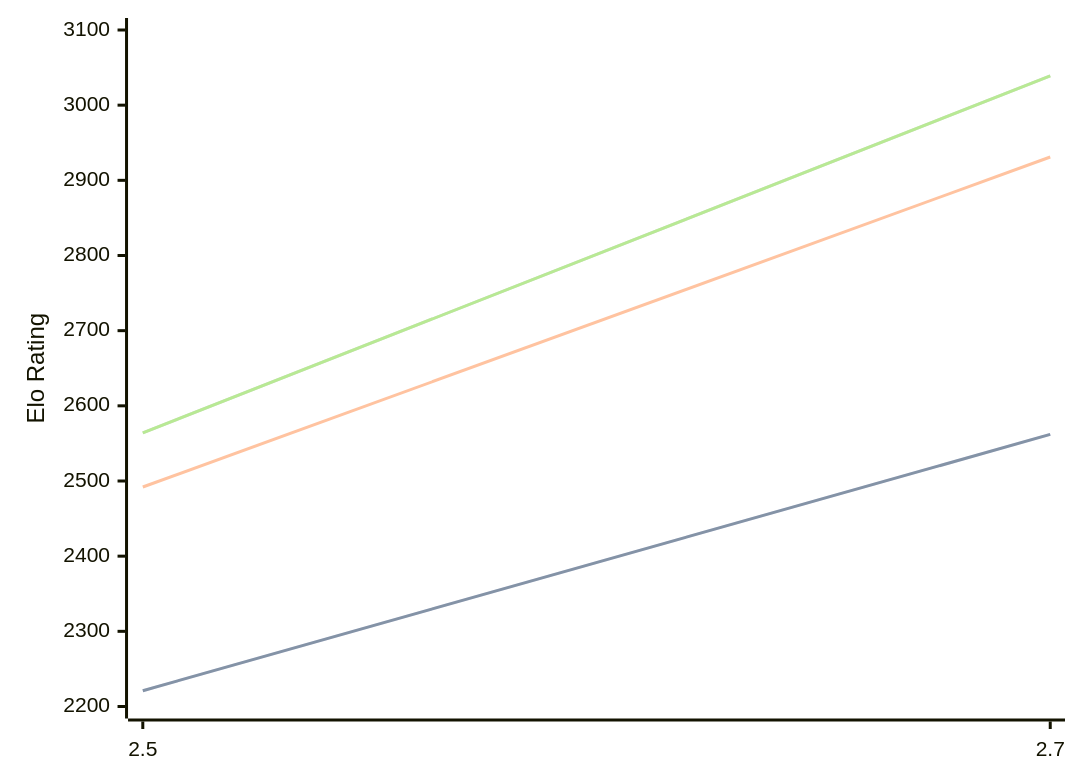
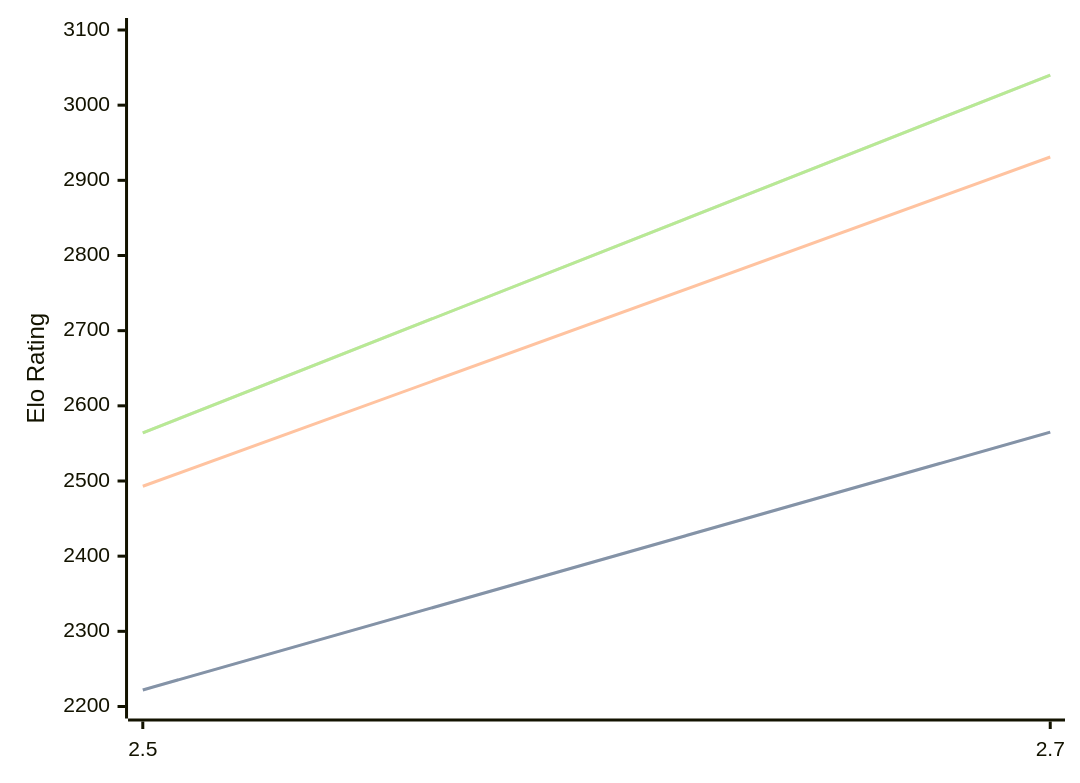
One commit to computer-chess-index/cci changed the diagram in engines/Zevra.md. Above: the diagram before and after it, drawn with Mermaid. The commit also changed other lines of this file, not shown here.

Commit message:
Update CCI Ratings (ELO VLTC) - 2026-09-13

````diff
--- a/engines/Zevra.md
+++ b/engines/Zevra.md
@@ -32,11 +32,11 @@
 ```mermaid
 %%{init: {"theme":"base","themeVariables":{"seriesColors:['#a3a3a3','#222221','#faa371']}}}%%
 xychart-beta
   x-axis ["2.5", "2.7"]
   y-axis "Elo Rating" 2200 --> 3100
-  line "" [2221, 2562]
-  line "STC (8.0+0.08s)" [2221, 2562]
-  line "LTC (60.0+0.60s)" [2492, 2931]
-  line "" [2564, 3039]
-  line "VLTC (2m24s+1.12s)" [2564, 3039]
+  line "" [2222, 2565]
+  line "STC (8.0+0.08s)" [2222, 2565]
+  line "LTC (60.0+0.60s)" [2493, 2931]
+  line "" [2564, 3040]
+  line "VLTC (2m24s+1.12s)" [2564, 3040]
 ```
````
